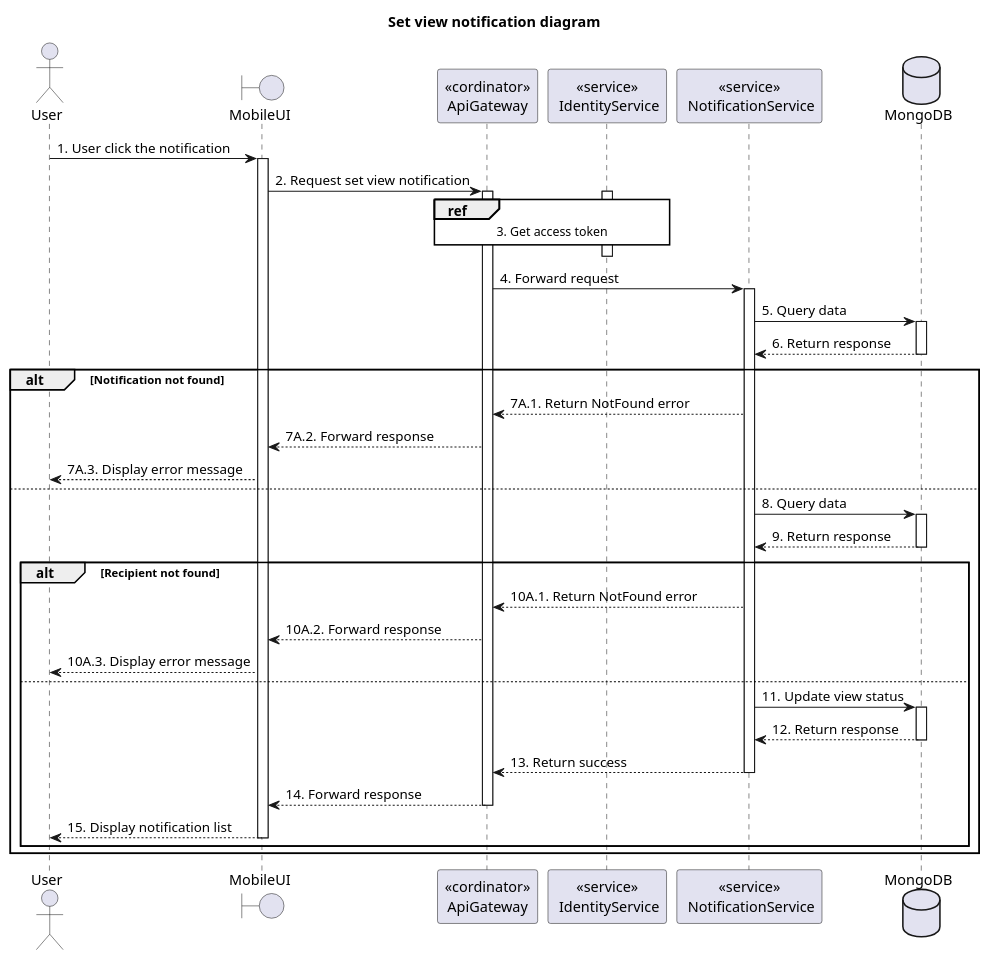
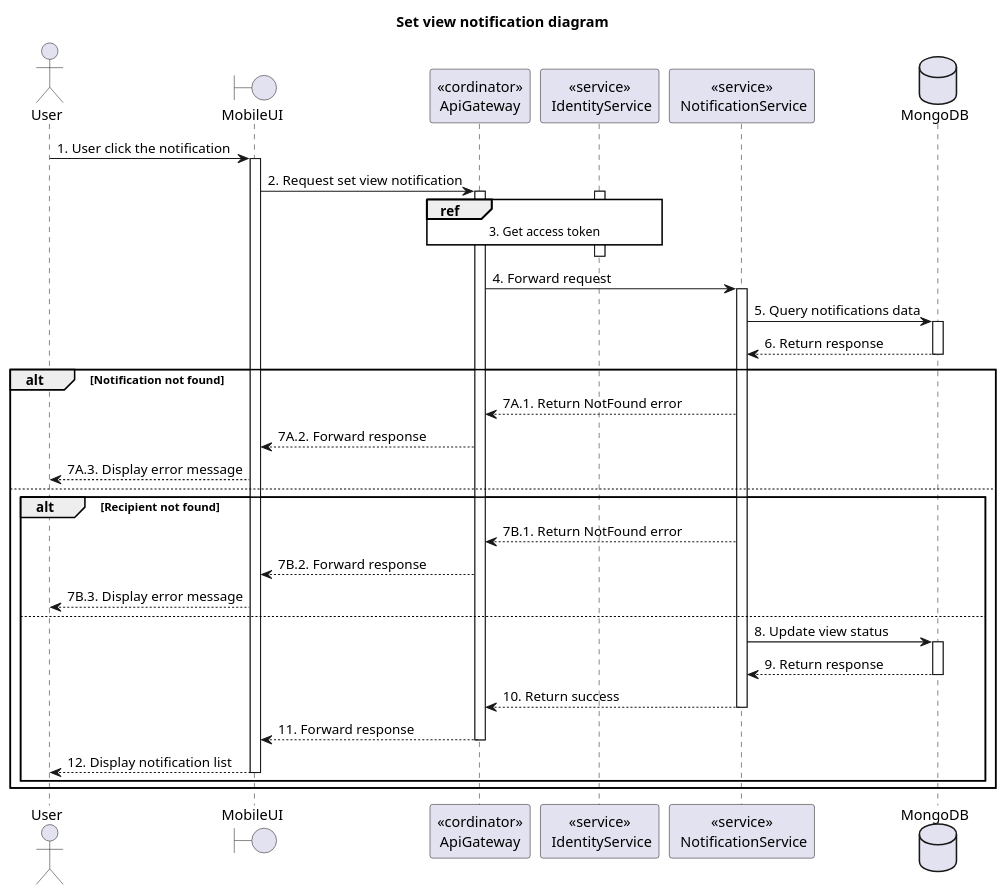
One commit to Carl-Johnsons/tastopia changed the diagram in doc/SDS/Notification/Set View Notification/Sequence.plantuml. Above: the diagram before and after it, drawn with PlantUML. The commit also changed 1 other file, not shown here.

Commit message:
doc: update set view notification sequence

```diff
--- a/doc/SDS/Notification/Set View Notification/Sequence.plantuml
+++ b/doc/SDS/Notification/Set View Notification/Sequence.plantuml
@@ -1,53 +1,51 @@
 @startuml Sequence
 title "Set view notification diagram"
 
 ' Style section
 <style>
   sequenceDiagram {
     reference {
       BackGroundColor white
     }
 }
 </style>
 
 actor User
 boundary MobileUI
 participant "<<cordinator>>\nApiGateway" as ApiGateway
 participant "<<service>>\n IdentityService" as IdentityService
 participant "<<service>>\n NotificationService" as NotificationService
 database MongoDB
 
 User -> MobileUI ++: 1. User click the notification
 MobileUI -> ApiGateway ++: 2. Request set view notification
 
 activate IdentityService
 ref over ApiGateway, IdentityService: 3. Get access token
 ApiGateway -[hidden]-> IdentityService
 deactivate IdentityService
 
 ApiGateway -> NotificationService ++: 4. Forward request
 
-NotificationService -> MongoDB++: 5. Query data
+NotificationService -> MongoDB++: 5. Query notifications data
 NotificationService <-- MongoDB--: 6. Return response
 
 alt Notification not found
   ApiGateway <-- NotificationService: 7A.1. Return NotFound error
   MobileUI <-- ApiGateway: 7A.2. Forward response
   User <-- MobileUI: 7A.3. Display error message
 else
-  NotificationService -> MongoDB++: 8. Query data
-  NotificationService <-- MongoDB--: 9. Return response
   alt Recipient not found
-    ApiGateway <-- NotificationService: 10A.1. Return NotFound error
-    MobileUI <-- ApiGateway: 10A.2. Forward response
-    User <-- MobileUI: 10A.3. Display error message
+    ApiGateway <-- NotificationService: 7B.1. Return NotFound error
+    MobileUI <-- ApiGateway: 7B.2. Forward response
+    User <-- MobileUI: 7B.3. Display error message
   else
-    NotificationService -> MongoDB++: 11. Update view status
-    NotificationService <-- MongoDB--: 12. Return response
-    ApiGateway <-- NotificationService--: 13. Return success
-    MobileUI <-- ApiGateway--: 14. Forward response
-    User <-- MobileUI--: 15. Display notification list
+    NotificationService -> MongoDB++: 8. Update view status
+    NotificationService <-- MongoDB--: 9. Return response
+    ApiGateway <-- NotificationService--: 10. Return success
+    MobileUI <-- ApiGateway--: 11. Forward response
+    User <-- MobileUI--: 12. Display notification list
   end
 end
 
 @enduml
```
